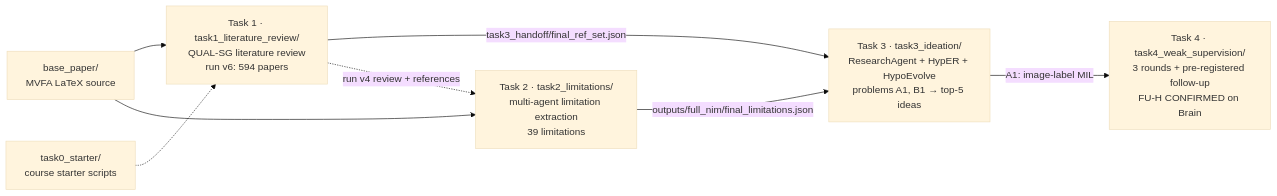
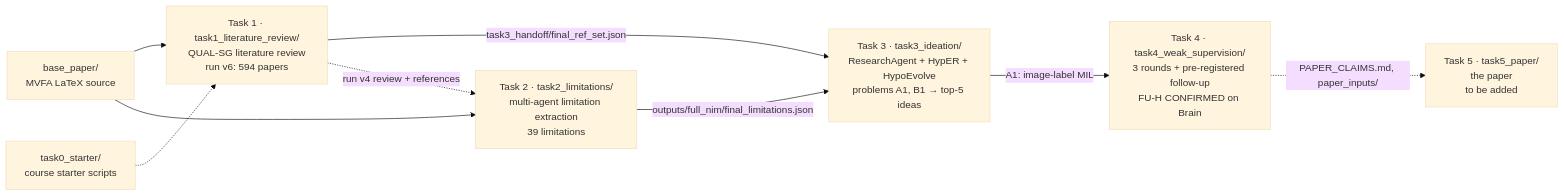
The diagram in README.md (Divyam10113/Intro-to-LLMs), drawn with Mermaid (base theme) before and after one commit. The commit also changed other lines of this file and 4 other files, not shown here.

Commit message:
Task 5 slot: task5_paper/ placeholder, task5 / task5-dry-run targets (exit 0, make all unaffected), smoke stage; docs for Task 4's history and how to add a task

````diff
--- a/README.md
+++ b/README.md
@@ -7,11 +7,12 @@
 ```mermaid
 flowchart LR
     BP[base_paper/<br/>MVFA LaTeX source] --> T1
     BP --> T2
     T0[task0_starter/<br/>course starter scripts] -.-> T1
     T1[Task 1 · task1_literature_review/<br/>QUAL-SG literature review<br/>run v6: 594 papers] -->|task3_handoff/final_ref_set.json| T3
     T1 -.->|run v4 review + references| T2
     T2[Task 2 · task2_limitations/<br/>multi-agent limitation extraction<br/>39 limitations] -->|outputs/full_nim/final_limitations.json| T3
     T3[Task 3 · task3_ideation/<br/>ResearchAgent + HypER + HypoEvolve<br/>problems A1, B1 → top-5 ideas] -->|A1: image-label MIL| T4
-    T4[Task 4 · task4_weak_supervision/<br/>3 rounds + pre-registered follow-up<br/>FU-H CONFIRMED on Brain]
+    T4[Task 4 · task4_weak_supervision/<br/>3 rounds + pre-registered follow-up<br/>FU-H CONFIRMED on Brain] -.->|PAPER_CLAIMS.md, paper_inputs/| T5
+    T5[Task 5 · task5_paper/<br/>the paper<br/>to be added]
 ```
````
